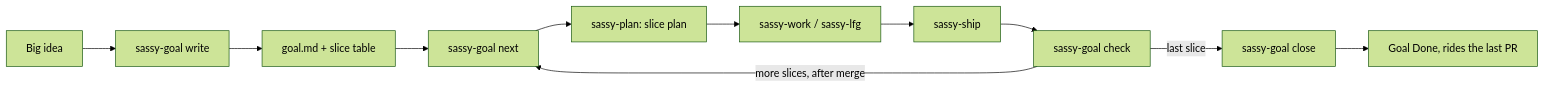
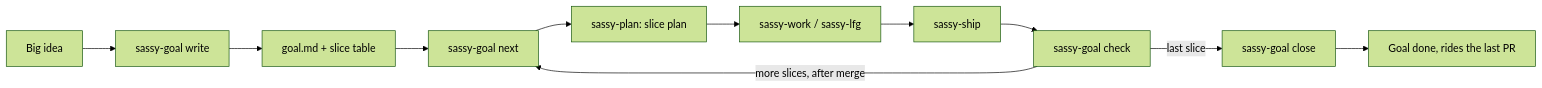
Before and after one commit to sassywares/sassy-skills: the second of 3 diagrams in README.md, drawn with Mermaid (forest theme). The commit also changed other lines of this file and 16 other files, not shown here.

````diff
--- a/README.md
+++ b/README.md
@@ -346,13 +346,13 @@
 ```mermaid
 flowchart LR
   A[Big idea] --> B[sassy-goal write]
   B --> C[goal.md + slice table]
   C --> D[sassy-goal next]
   D --> E[sassy-plan: slice plan]
   E --> F[sassy-work / sassy-lfg]
   F --> G[sassy-ship]
   G --> H[sassy-goal check]
   H -->|more slices, after merge| D
   H -->|last slice| I[sassy-goal close]
-  I --> J[Goal Done, rides the last PR]
+  I --> J[Goal done, rides the last PR]
 ```
````
